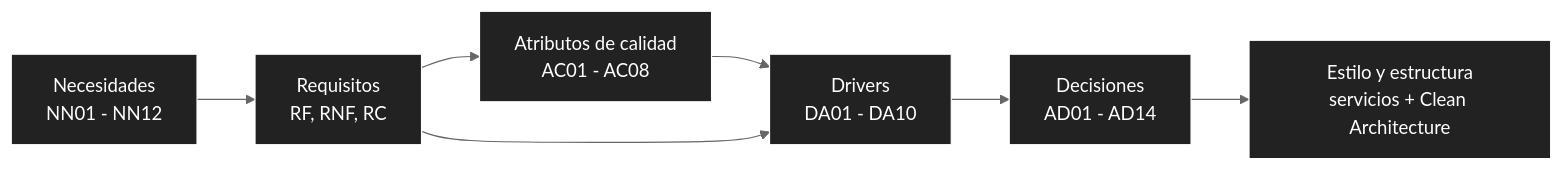
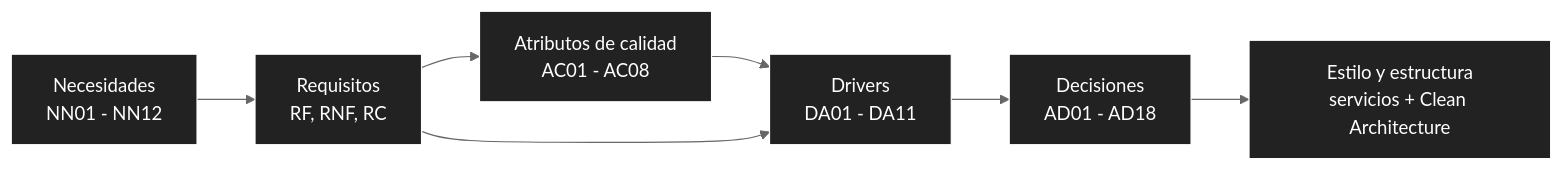
The diagram in docs/04-drivers-arquitectonicos.md (P35C4D0R4B1050/BabelHub), drawn with Mermaid (neutral theme) before and after one commit. The commit also changed other lines of this file and 1 other file, not shown here.

First line of the commit message:
docs: add drivers DA11 and decisions AD15-AD18

````diff
--- a/docs/04-drivers-arquitectonicos.md
+++ b/docs/04-drivers-arquitectonicos.md
@@ -7,16 +7,16 @@
 ```mermaid
 flowchart LR
 NN["Necesidades<br/>NN01 - NN12"] --> REQ["Requisitos<br/>RF, RNF, RC"]
 REQ --> AC["Atributos de calidad<br/>AC01 - AC08"]
-AC --> DA["Drivers<br/>DA01 - DA10"]
+AC --> DA["Drivers<br/>DA01 - DA11"]
 REQ --> DA
-DA --> AD["Decisiones<br/>AD01 - AD14"]
+DA --> AD["Decisiones<br/>AD01 - AD18"]
 AD --> EST["Estilo y estructura<br/>servicios + Clean Architecture"]
 
 style NN fill:#222,stroke:#fff,color:#fff
 style REQ fill:#222,stroke:#fff,color:#fff
 style AC fill:#222,stroke:#fff,color:#fff
 style DA fill:#222,stroke:#fff,color:#fff
 style AD fill:#222,stroke:#fff,color:#fff
 style EST fill:#222,stroke:#fff,color:#fff
 ```
````
